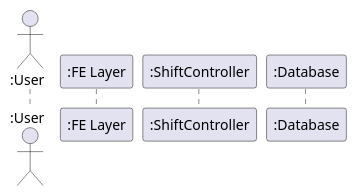
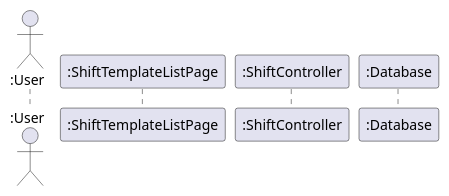
Before and after one commit to aulacvietnameseeatery-source/aulac_be: the ninth of 13 diagrams in .github/agents/AuLac Software Design Specification agent.agent.md, drawn with PlantUML. The commit also changed other lines of this file and 27 other files, not shown here.

First line of the commit message:
Refactor sequence diagrams for Inventory and Shift Management

````diff
--- a/.github/agents/AuLac Software Design Specification agent.agent.md
+++ b/.github/agents/AuLac Software Design Specification agent.agent.md
@@ -763,6 +763,6 @@
    ```plantuml
    actor ":User" as U
-   participant ":FE Layer" as Client
+   participant ":ShiftTemplateListPage" as Client
    participant ":ShiftController" as Ctrl
    participant ":Database" as DB
    ```
````
